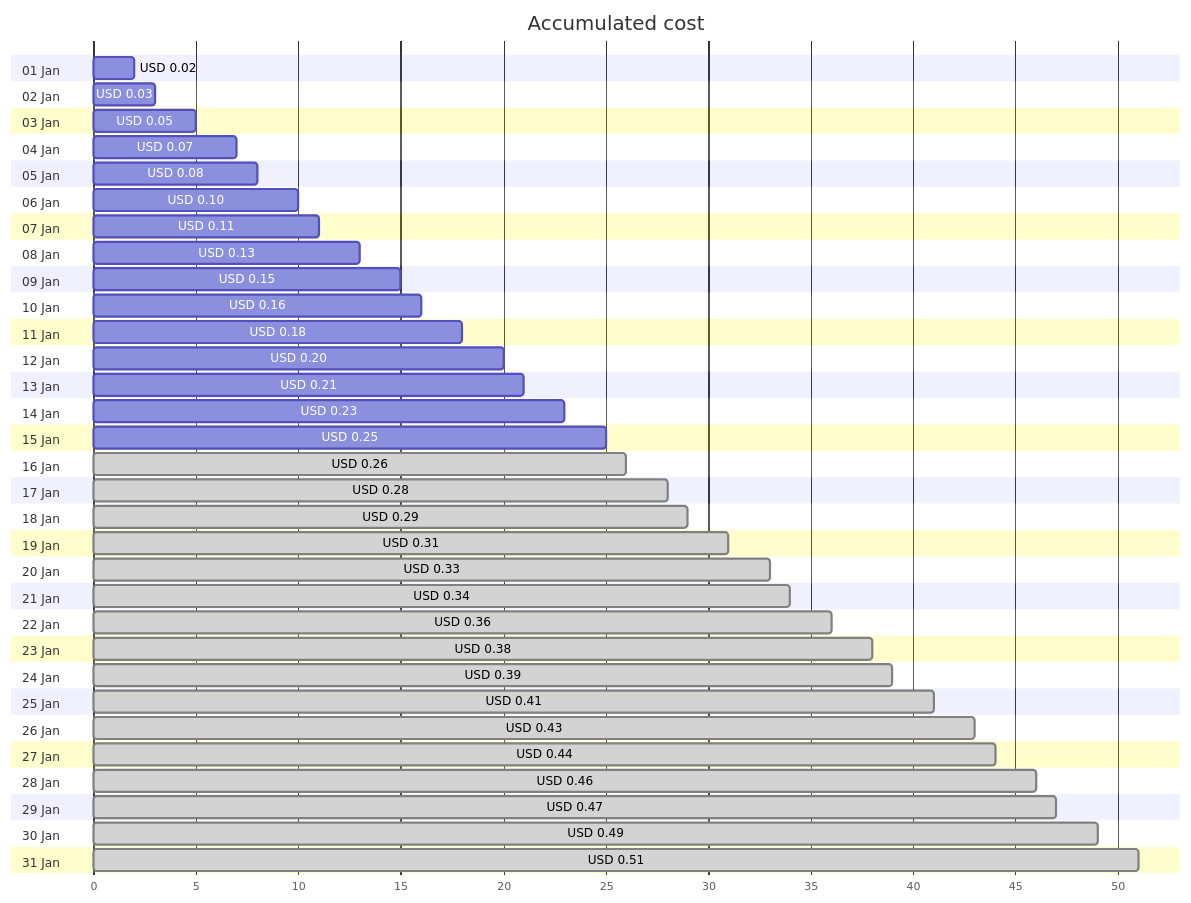
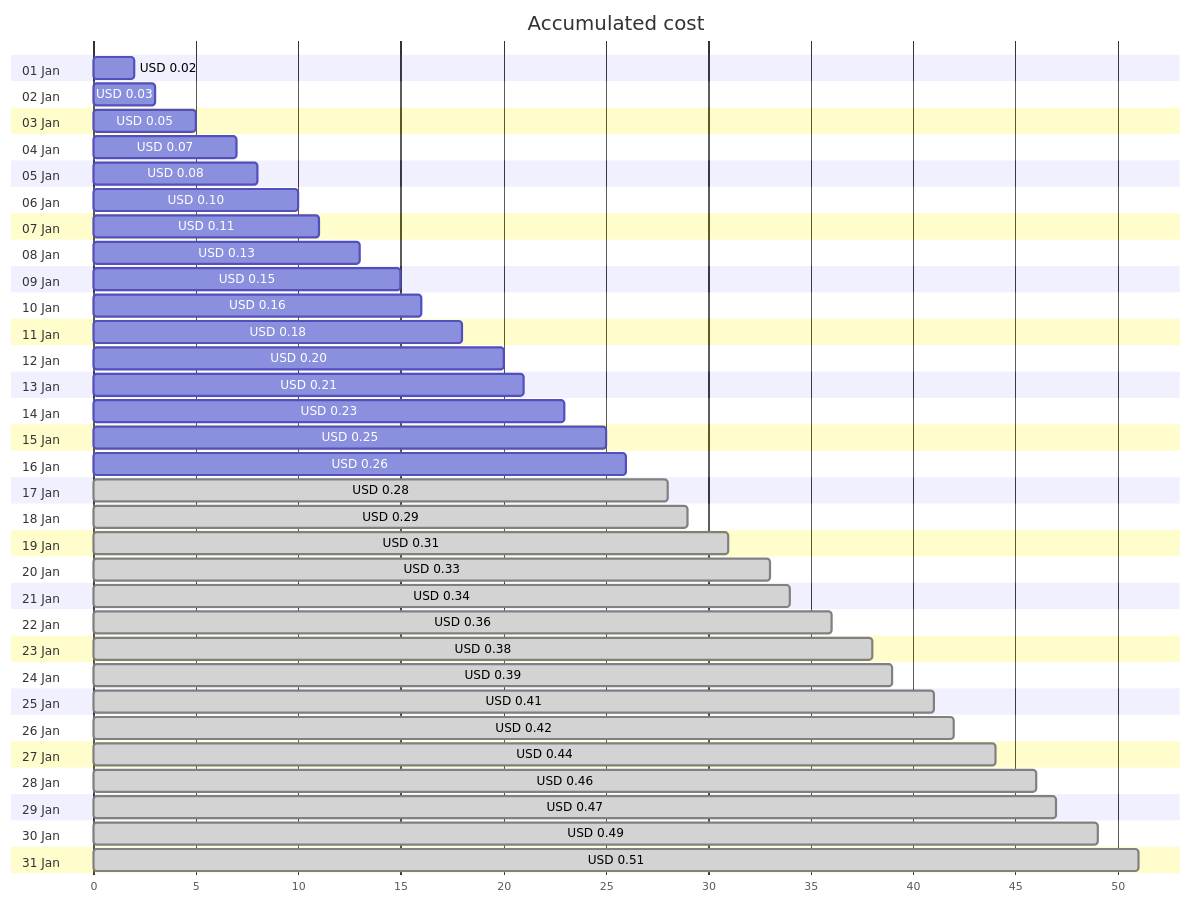
Before and after one commit to jpfulton/azure-personal-reports: the first of 4 diagrams in cost-reports/personal-dns/jpatrickfulton.com.md, drawn with Mermaid. The commit also changed other lines of this file and 2 other files, not shown here.

````diff
--- a/cost-reports/personal-dns/jpatrickfulton.com.md
+++ b/cost-reports/personal-dns/jpatrickfulton.com.md
@@ -20,68 +20,68 @@
 ```mermaid
 gantt
    title Accumulated cost
    dateFormat  X
    axisFormat %s
    section 01 Jan
    USD 0.02 :0, 2
    section 02 Jan
    USD 0.03 :0, 3
    section 03 Jan
    USD 0.05 :0, 5
    section 04 Jan
    USD 0.07 :0, 7
    section 05 Jan
    USD 0.08 :0, 8
    section 06 Jan
    USD 0.10 :0, 10
    section 07 Jan
    USD 0.11 :0, 11
    section 08 Jan
    USD 0.13 :0, 13
    section 09 Jan
    USD 0.15 :0, 15
    section 10 Jan
    USD 0.16 :0, 16
    section 11 Jan
    USD 0.18 :0, 18
    section 12 Jan
    USD 0.20 :0, 20
    section 13 Jan
    USD 0.21 :0, 21
    section 14 Jan
    USD 0.23 :0, 23
    section 15 Jan
    USD 0.25 :0, 25
    section 16 Jan
-   USD 0.26 : done, 0, 26
+   USD 0.26 :0, 26
    section 17 Jan
    USD 0.28 : done, 0, 28
    section 18 Jan
    USD 0.29 : done, 0, 29
    section 19 Jan
    USD 0.31 : done, 0, 31
    section 20 Jan
    USD 0.33 : done, 0, 33
    section 21 Jan
    USD 0.34 : done, 0, 34
    section 22 Jan
    USD 0.36 : done, 0, 36
    section 23 Jan
    USD 0.38 : done, 0, 38
    section 24 Jan
    USD 0.39 : done, 0, 39
    section 25 Jan
    USD 0.41 : done, 0, 41
    section 26 Jan
-   USD 0.43 : done, 0, 43
+   USD 0.42 : done, 0, 42
    section 27 Jan
    USD 0.44 : done, 0, 44
    section 28 Jan
    USD 0.46 : done, 0, 46
    section 29 Jan
    USD 0.47 : done, 0, 47
    section 30 Jan
    USD 0.49 : done, 0, 49
    section 31 Jan
    USD 0.51 : done, 0, 51
 ```
````
